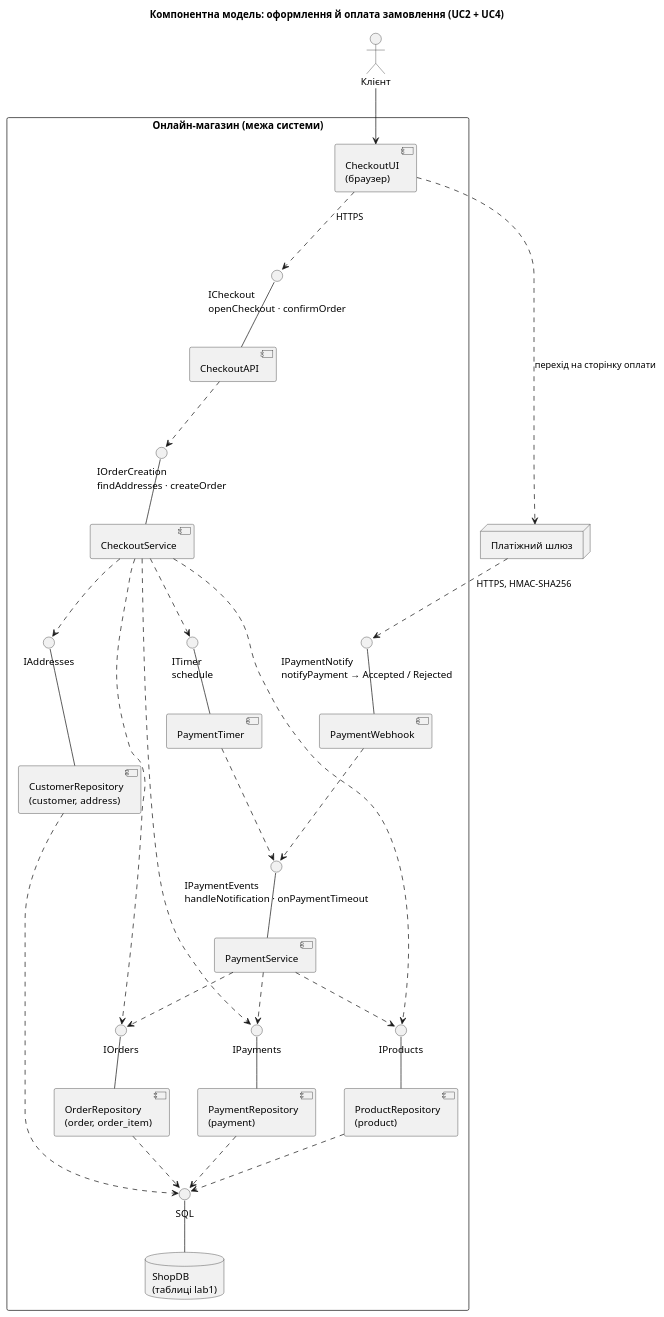
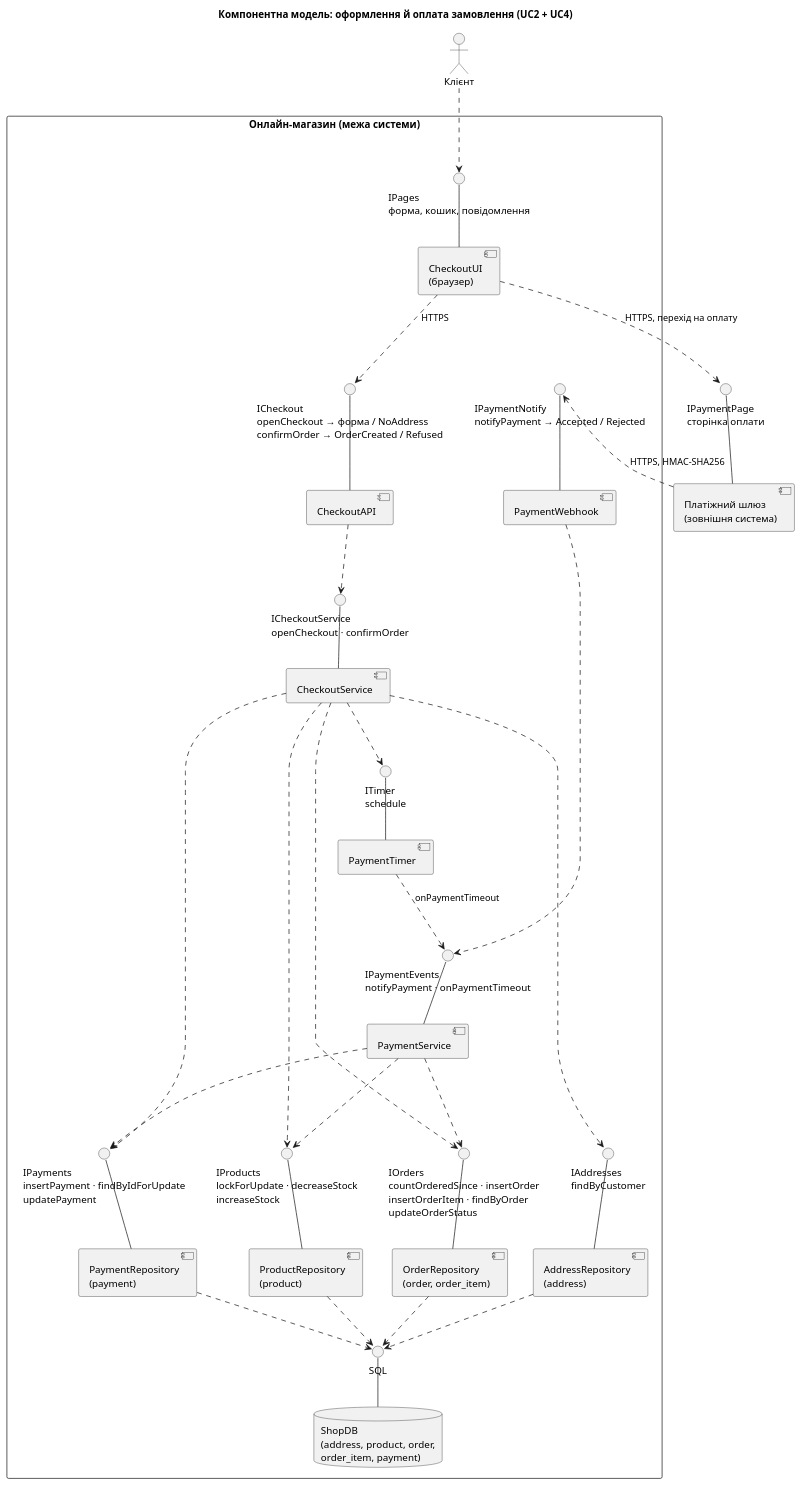
Before and after one commit to piximeow/KPI: the diagram in lab5/diagrams/components.puml, drawn with PlantUML. The commit also changed 1 other file, not shown here.

Commit message:
lab5: діаграма після П1 - операції з lab3, інтерфейси UI і шлюзу, шари згори вниз

```diff
--- a/lab5/diagrams/components.puml
+++ b/lab5/diagrams/components.puml
@@ -1,71 +1,77 @@
 @startuml components
 title Компонентна модель: оформлення й оплата замовлення (UC2 + UC4)
 skinparam componentStyle uml2
-skinparam nodesep 40
-skinparam ranksep 50
+skinparam nodesep 30
+skinparam ranksep 45
 
 actor "Клієнт" as Client
-node "Платіжний шлюз" as GW
+component "Платіжний шлюз\n(зовнішня система)" as GW
+interface "IPaymentPage\nсторінка оплати" as IPage
+GW -up- IPage
 
 rectangle "Онлайн-магазин (межа системи)" {
-  interface "ICheckout\nopenCheckout · confirmOrder" as ICheckout
+  interface "IPages\nформа, кошик, повідомлення" as IPages
+  interface "ICheckout\nopenCheckout → форма / NoAddress\nconfirmOrder → OrderCreated / Refused" as ICheckout
   interface "IPaymentNotify\nnotifyPayment → Accepted / Rejected" as INotify
-  interface "IOrderCreation\nfindAddresses · createOrder" as IOrder
-  interface "IPaymentEvents\nhandleNotification · onPaymentTimeout" as IEvents
+  interface "ICheckoutService\nopenCheckout · confirmOrder" as ICS
   interface "ITimer\nschedule" as ITimer
-  interface "IAddresses" as IAddresses
-  interface "IProducts" as IProducts
-  interface "IOrders" as IOrders
-  interface "IPayments" as IPayments
+  interface "IPaymentEvents\nnotifyPayment · onPaymentTimeout" as IEvents
+  interface "IAddresses\nfindByCustomer" as IAddresses
+  interface "IProducts\nlockForUpdate · decreaseStock\nincreaseStock" as IProducts
+  interface "IOrders\ncountOrderedSince · insertOrder\ninsertOrderItem · findByOrder\nupdateOrderStatus" as IOrders
+  interface "IPayments\ninsertPayment · findByIdForUpdate\nupdatePayment" as IPayments
   interface "SQL" as ISQL
 
   component "CheckoutUI\n(браузер)" as UI
-
   component "CheckoutAPI" as CAPI
   component "PaymentWebhook" as WH
-  CAPI -up- ICheckout
-  WH -up- INotify
-
   component "CheckoutService" as CS
+  component "PaymentTimer" as TM
   component "PaymentService" as PS
-  component "PaymentTimer" as TM
-  CS -up- IOrder
-  PS -up- IEvents
-  TM -up- ITimer
-
-  component "CustomerRepository\n(customer, address)" as RC
+  component "AddressRepository\n(address)" as RA
   component "ProductRepository\n(product)" as RP
   component "OrderRepository\n(order, order_item)" as RO
   component "PaymentRepository\n(payment)" as RPay
-  RC -up- IAddresses
+  database "ShopDB\n(address, product, order,\norder_item, payment)" as DB
+
+  UI -up- IPages
+  CAPI -up- ICheckout
+  WH -up- INotify
+  CS -up- ICS
+  TM -up- ITimer
+  PS -up- IEvents
+  RA -up- IAddresses
   RP -up- IProducts
   RO -up- IOrders
   RPay -up- IPayments
-
-  database "ShopDB\n(таблиці lab1)" as DB
   DB -up- ISQL
 }
 
-Client --> UI
+Client ..> IPages
 UI ..> ICheckout : HTTPS
-UI ..> GW : перехід на сторінку оплати
+UI ..> IPage : HTTPS, перехід на оплату
 GW ..> INotify : HTTPS, HMAC-SHA256
 
-CAPI ..> IOrder
+CAPI ..> ICS
 WH ..> IEvents
 CS ..> ITimer
-TM ..> IEvents
+TM ..> IEvents : onPaymentTimeout
 
 CS ..> IAddresses
 CS ..> IProducts
 CS ..> IOrders
 CS ..> IPayments
+PS ..> IPayments
 PS ..> IOrders
-PS ..> IPayments
 PS ..> IProducts
 
-RC ..> ISQL
+RA ..> ISQL
 RP ..> ISQL
 RO ..> ISQL
 RPay ..> ISQL
+
+CAPI -[hidden]right- WH
+CS -[hidden]right- TM
+TM -[hidden]right- PS
+PS -[hidden]down- IAddresses
 @enduml
```
